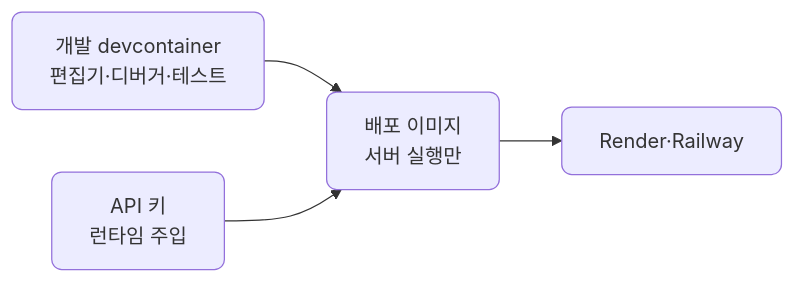
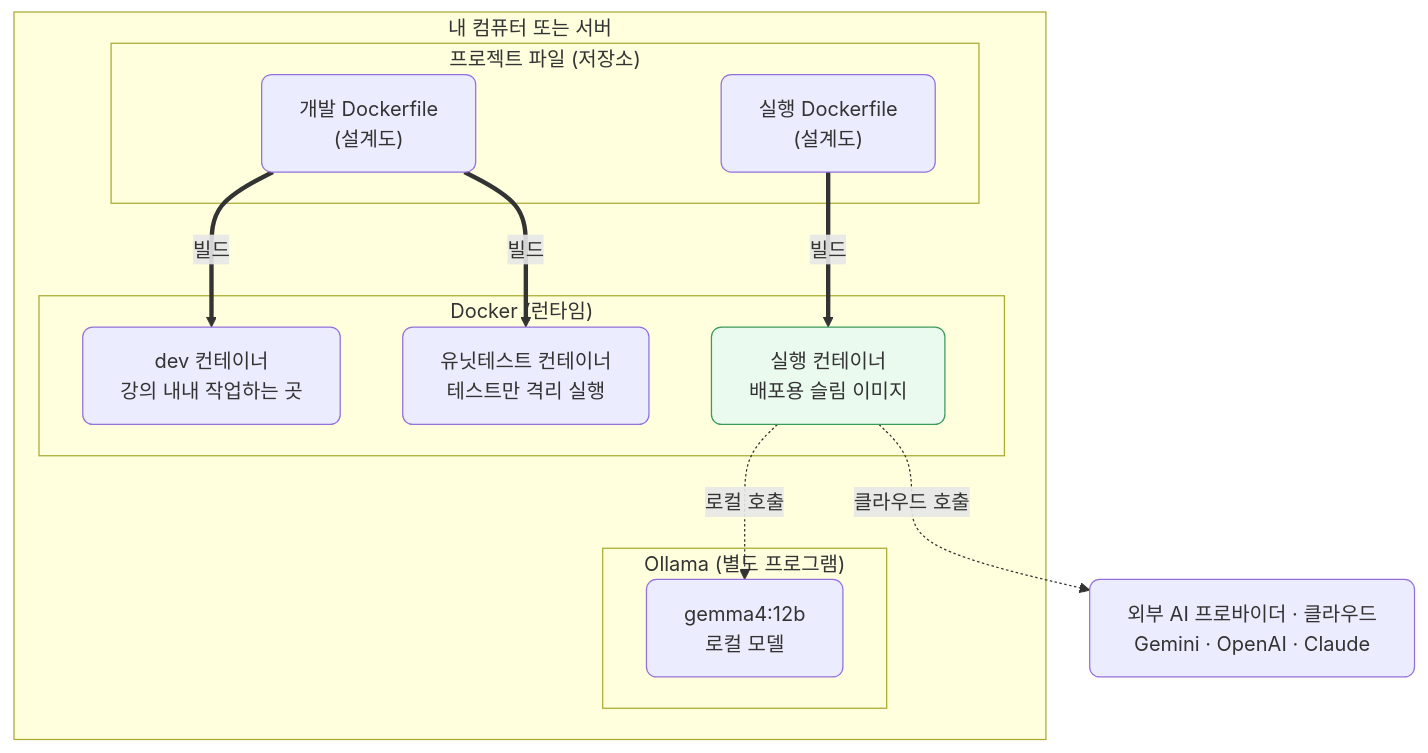
Before and after one commit to CodeCompose7/ai_service_engineering: the sixth of 6 diagrams in docs/section5/lec02/README.md, drawn with Mermaid. The commit also changed other lines of this file, not shown here.

Commit message:
lec02: 배포 절에 Docker 실행 명령어 + S1 아키텍처 다이어그램
7절(배포)에 실제로 돌리는 법이 없던 것을 채운다. docker build/run 명령어를 더하고,
S1 lec01의 컨테이너 아키텍처 그림(개발/실행 Dockerfile → dev·테스트·실행 컨테이너,
실행 컨테이너가 로컬 Ollama·클라우드 API 호출)을 가져온다.

- docker build -f .../Dockerfile -t assistant . (컨텍스트는 저장소 루트)
- docker run -p 8000:8000 -e DEFAULT_PROVIDER/GEMINI_API_KEY ... (키는 런타임 주입)
- 단순 dev→prod 다이어그램을 S1의 ship 버전(실행 컨테이너 강조)으로 교체해 개발과
  배포 이미지의 관계를 또렷이 한다.

````diff
--- a/docs/section5/lec02/README.md
+++ b/docs/section5/lec02/README.md
@@ -133,7 +135,29 @@
 ```mermaid
-flowchart LR
-  DEV["개발 devcontainer<br/>편집기·디버거·테스트"] --> PROD["배포 이미지<br/>서버 실행만"]
-  KEY["API 키<br/>런타임 주입"] --> PROD
-  PROD --> CLOUD["Render·Railway"]
+flowchart TB
+  subgraph COMP2["내 컴퓨터 또는 서버"]
+    subgraph REPO2["프로젝트 파일 (저장소)"]
+      DF1b["개발 Dockerfile<br/>(설계도)"]
+      DF2b["실행 Dockerfile<br/>(설계도)"]
+    end
+    subgraph DOCKER2["Docker (런타임)"]
+      DEVb["dev 컨테이너<br/>강의 내내 작업하는 곳"]
+      TESTb["유닛테스트 컨테이너<br/>테스트만 격리 실행"]
+      RUNb["실행 컨테이너<br/>배포용 슬림 이미지"]
+    end
+    subgraph OLLAMA2["Ollama (별도 프로그램)"]
+      MODELb["gemma4:12b<br/>로컬 모델"]
+    end
+  end
+  EXT2["외부 AI 프로바이더 · 클라우드<br/>Gemini · OpenAI · Claude"]
+
+  DF1b ==>|"빌드"| DEVb
+  DF1b ==>|"빌드"| TESTb
+  DF2b ==>|"빌드"| RUNb
+
+  RUNb -.->|"로컬 호출"| MODELb
+  RUNb -.->|"클라우드 호출"| EXT2
+
   classDef default rx:8,ry:8;
+  classDef ship fill:#eafaef,stroke:#3a9a5c;
+  class RUNb ship;
 ```
````
